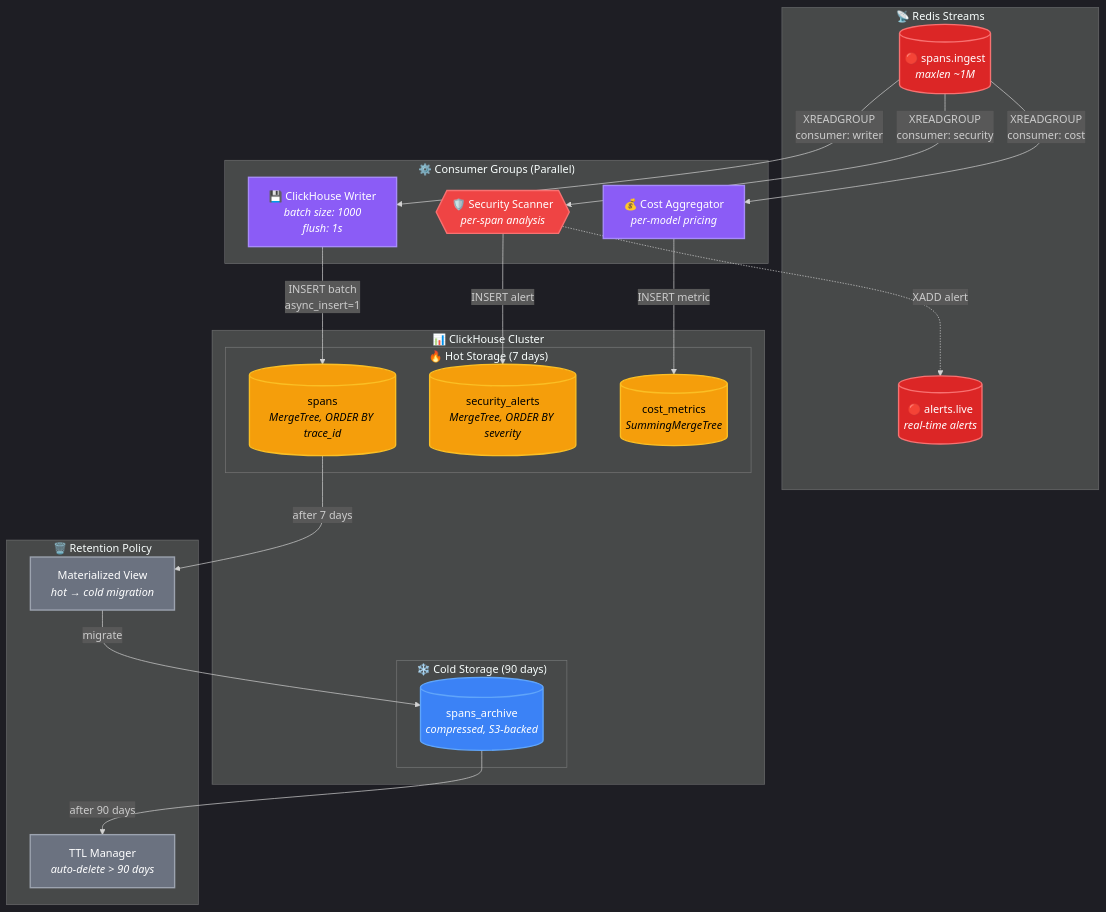
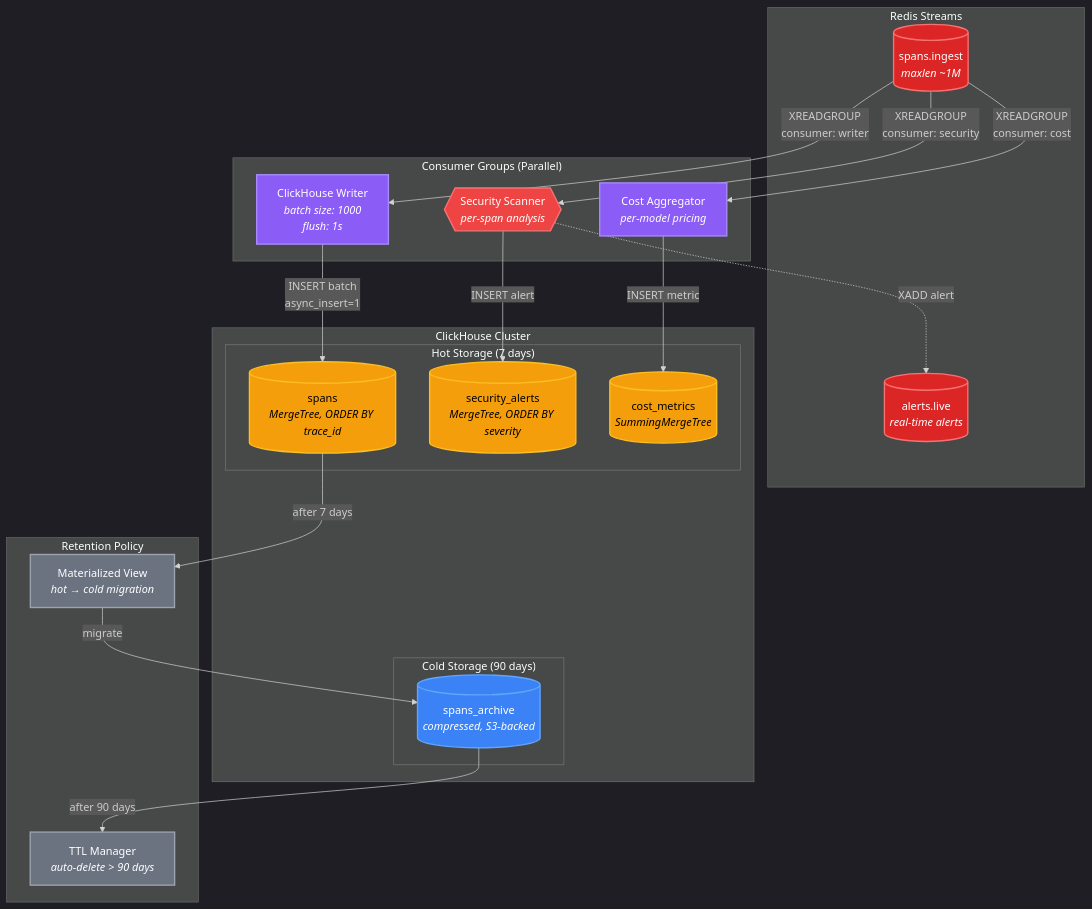
Before and after one commit to Ramakrishna1967/AgentState: the fourth of 7 diagrams in README.md, drawn with Mermaid. The commit also changed other lines of this file, not shown here.

````diff
--- a/README.md
+++ b/README.md
@@ -220,57 +220,57 @@
 ```mermaid
 %%{init: {'theme':'dark'}}%%
 graph TD
-    subgraph EventBus["📡 Redis Streams"]
-        R[("🔴 spans.ingest<br/><i>maxlen ~1M</i>")]
-        RA[("🔴 alerts.live<br/><i>real-time alerts</i>")]
+    subgraph EventBus[" Redis Streams"]
+        R[(" spans.ingest<br/><i>maxlen ~1M</i>")]
+        RA[(" alerts.live<br/><i>real-time alerts</i>")]
     end
 
-    subgraph Consumers["⚙️ Consumer Groups (Parallel)"]
-        C1["💾 ClickHouse Writer<br/><i>batch size: 1000</i><br/><i>flush: 1s</i>"]
-        C2{{"🛡️ Security Scanner<br/><i>per-span analysis</i>"}}
-        C3["💰 Cost Aggregator<br/><i>per-model pricing</i>"]
+    subgraph Consumers[" Consumer Groups (Parallel)"]
+        C1[" ClickHouse Writer<br/><i>batch size: 1000</i><br/><i>flush: 1s</i>"]
+        C2{{" Security Scanner<br/><i>per-span analysis</i>"}}
+        C3[" Cost Aggregator<br/><i>per-model pricing</i>"]
     end
 
-    subgraph ClickHouseDB["📊 ClickHouse Cluster"]
-        subgraph HotTier["🔥 Hot Storage (7 days)"]
+    subgraph ClickHouseDB[" ClickHouse Cluster"]
+        subgraph HotTier[" Hot Storage (7 days)"]
             T1[("spans<br/><i>MergeTree, ORDER BY trace_id</i>")]
             T2[("security_alerts<br/><i>MergeTree, ORDER BY severity</i>")]
             T3[("cost_metrics<br/><i>SummingMergeTree</i>")]
         end
-        subgraph ColdTier["❄️ Cold Storage (90 days)"]
+        subgraph ColdTier[" Cold Storage (90 days)"]
             T4[("spans_archive<br/><i>compressed, S3-backed</i>")]
         end
     end
 
-    subgraph Retention["🗑️ Retention Policy"]
+    subgraph Retention[" Retention Policy"]
         RP["TTL Manager<br/><i>auto-delete > 90 days</i>"]
         MV["Materialized View<br/><i>hot → cold migration</i>"]
     end
 
     R -->|"XREADGROUP<br/>consumer: writer"| C1
     R -->|"XREADGROUP<br/>consumer: security"| C2
     R -->|"XREADGROUP<br/>consumer: cost"| C3
 
     C1 -->|"INSERT batch<br/>async_insert=1"| T1
     C2 -->|"INSERT alert"| T2
     C2 -.->|"XADD alert"| RA
     C3 -->|"INSERT metric"| T3
 
     T1 -->|"after 7 days"| MV
     MV -->|"migrate"| T4
     T4 -->|"after 90 days"| RP
 
     classDef redis fill:#dc2626,stroke:#f87171,color:#fff,stroke-width:2px
     classDef consumer fill:#8b5cf6,stroke:#a78bfa,color:#fff,stroke-width:2px
     classDef security fill:#ef4444,stroke:#f87171,color:#fff,stroke-width:2px
     classDef hot fill:#f59e0b,stroke:#fbbf24,color:#000,stroke-width:2px
     classDef cold fill:#3b82f6,stroke:#60a5fa,color:#fff,stroke-width:2px
     classDef retention fill:#6b7280,stroke:#9ca3af,color:#fff,stroke-width:2px
 
     class R,RA redis
     class C1,C3 consumer
     class C2 security
     class T1,T2,T3 hot
     class T4 cold
     class RP,MV retention
 ```
````
